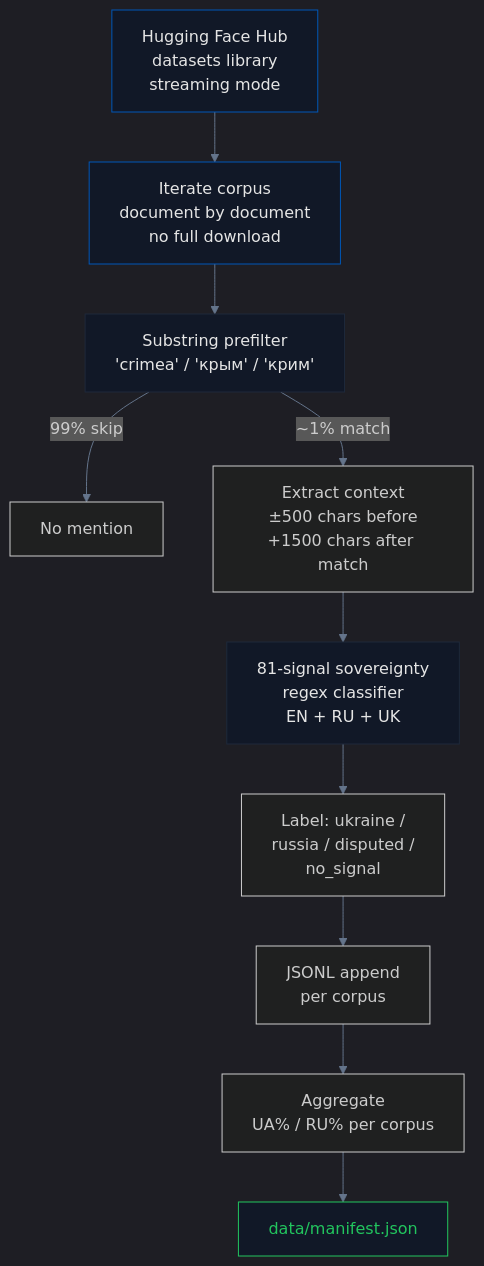
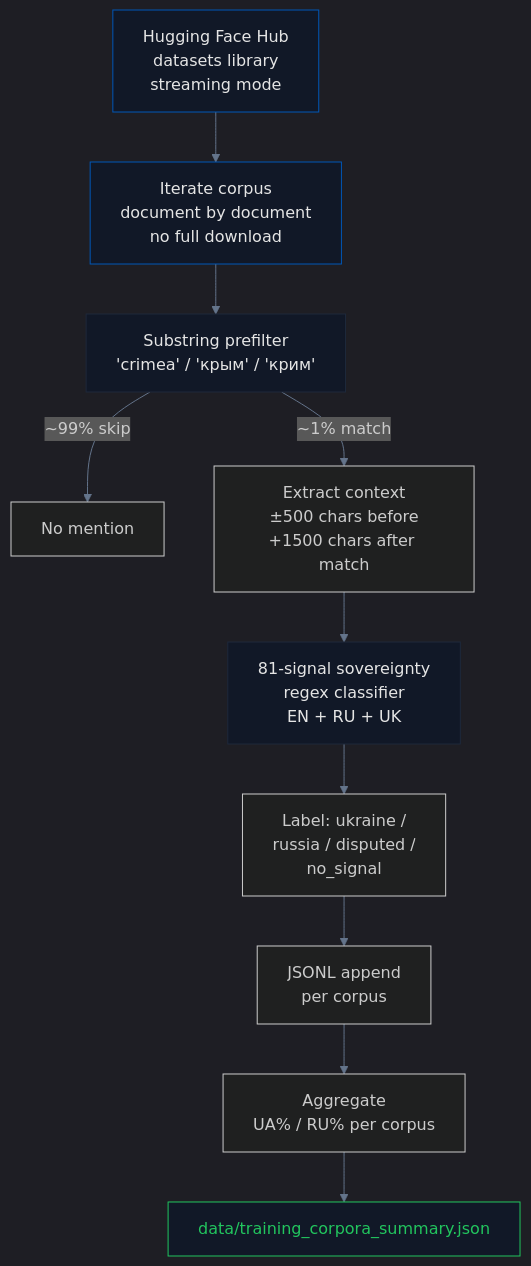
One commit to IvanDobrovolsky/crimeaisukraine changed the diagram in pipelines/training_corpora/README.md. Above: the diagram before and after it, drawn with Mermaid. The commit also changed other lines of this file and 1 other file, not shown here.

First line of the commit message:
Pipelines: polish training_corpora + academic READMEs for briefing use

````diff
--- a/pipelines/training_corpora/README.md
+++ b/pipelines/training_corpora/README.md
@@ -30,19 +30,19 @@
 ```mermaid
 %%{init: {'theme': 'dark', 'themeVariables': {'primaryColor': '#0057b7', 'primaryTextColor': '#e5e5e5', 'lineColor': '#64748b', 'primaryBorderColor': '#1e293b'}}}%%
 graph TB
     A["Hugging Face Hub<br/>datasets library<br/>streaming mode"] --> B["Iterate corpus<br/>document by document<br/>no full download"]
     B --> C["Substring prefilter<br/>'crimea' / 'крым' / 'крим'"]
-    C -->|"99% skip"| Z["No mention"]
+    C -->|"~99% skip"| Z["No mention"]
     C -->|"~1% match"| D["Extract context<br/>±500 chars before<br/>+1500 chars after match"]
     D --> E["81-signal sovereignty<br/>regex classifier<br/>EN + RU + UK"]
     E --> F["Label: ukraine /<br/>russia / disputed /<br/>no_signal"]
     F --> G["JSONL append<br/>per corpus"]
     G --> H["Aggregate<br/>UA% / RU% per corpus"]
-    H --> I["data/manifest.json"]
+    H --> I["data/training_corpora_summary.json"]
 
     style A fill:#111827,stroke:#0057b7,color:#e5e5e5
     style B fill:#111827,stroke:#0057b7,color:#e5e5e5
     style C fill:#111827,stroke:#1e293b,color:#e5e5e5
     style E fill:#111827,stroke:#1e293b,color:#e5e5e5
     style I fill:#111827,stroke:#22c55e,color:#22c55e
 ```
````
